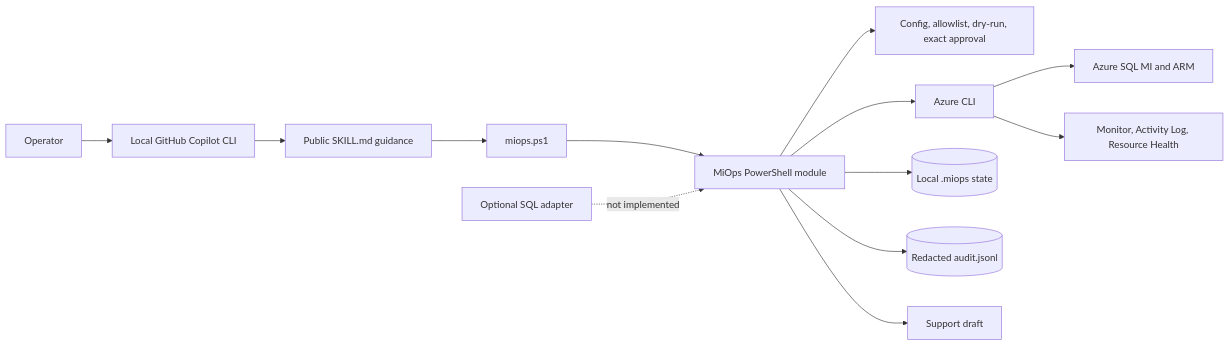
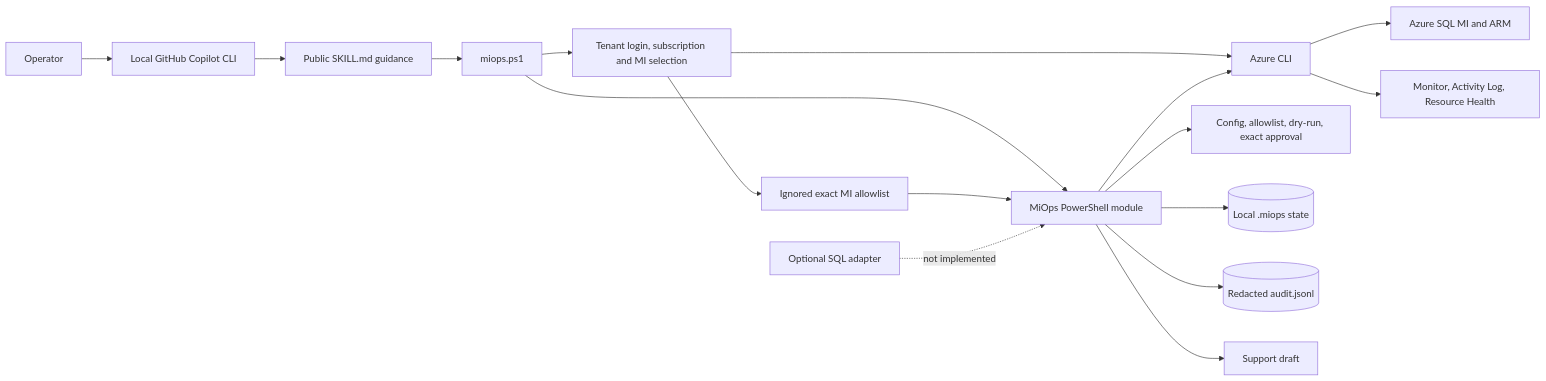
Before and after one commit to lduanmsft/azure-sqlops: the first of 2 diagrams in docs/architecture.md, drawn with Mermaid. The commit also changed other lines of this file and 8 other files, not shown here.

````diff
--- a/docs/architecture.md
+++ b/docs/architecture.md
@@ -7,15 +7,19 @@
 ```mermaid
 flowchart LR
     Operator[Operator] --> Copilot[Local GitHub Copilot CLI]
     Copilot --> Skills[Public SKILL.md guidance]
     Skills --> Script[miops.ps1]
+    Script --> Setup[Tenant login, subscription and MI selection]
     Script --> Module[MiOps PowerShell module]
+    Setup --> Az
+    Setup --> LocalConfig[Ignored exact MI allowlist]
+    LocalConfig --> Module
     Module --> Policy[Config, allowlist, dry-run, exact approval]
     Module --> Az[Azure CLI]
     Az --> ARM[Azure SQL MI and ARM]
     Az --> Monitor[Monitor, Activity Log, Resource Health]
     Module --> State[(Local .miops state)]
     Module --> Audit[(Redacted audit.jsonl)]
     Module --> Draft[Support draft]
     SQL[Optional SQL adapter] -. not implemented .-> Module
 ```
````
